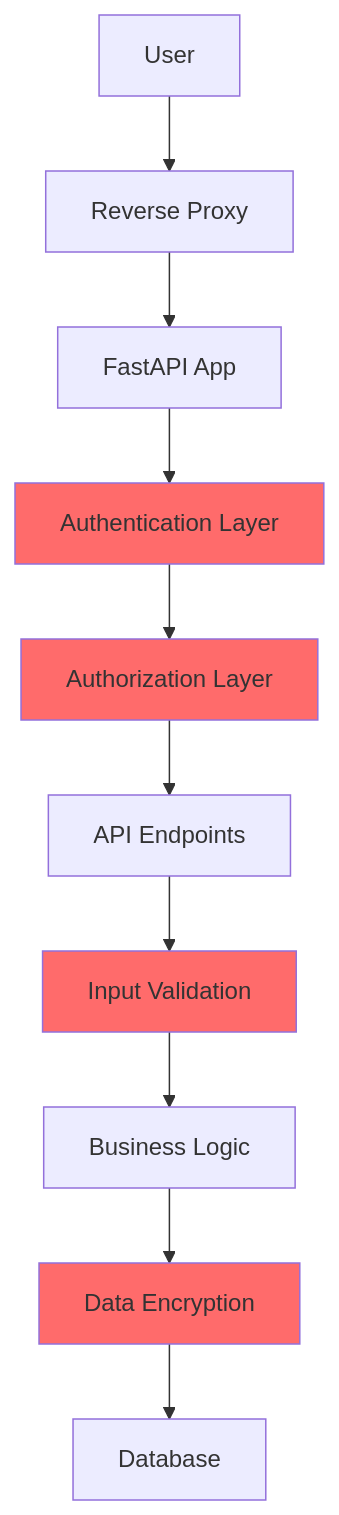
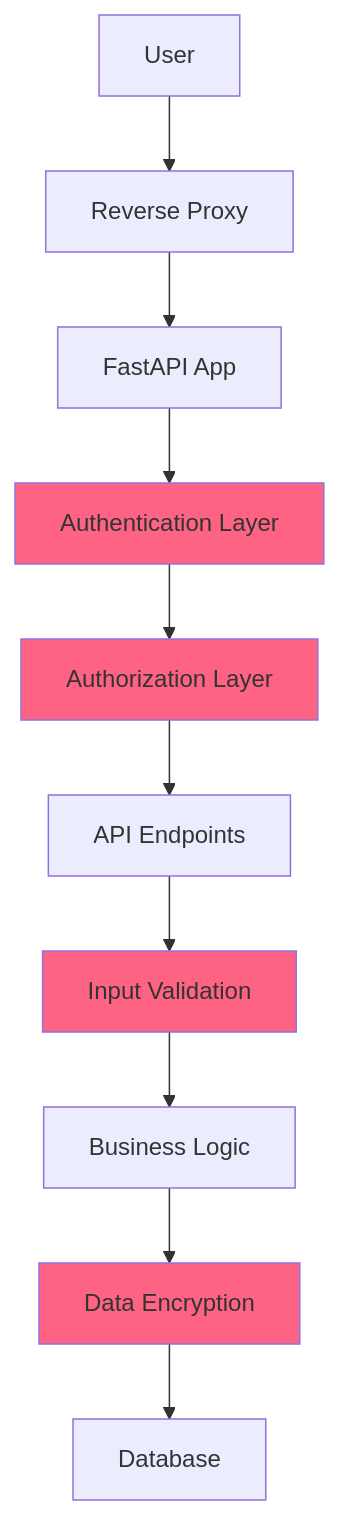
One commit to Gill-Bates/wirebuddy changed the diagram in docs/security/overview.md. Above: the diagram before and after it, drawn with Mermaid. The commit also changed 65 other files, not shown here.

````diff
--- a/docs/security/overview.md
+++ b/docs/security/overview.md
@@ -7,17 +7,17 @@
 ```mermaid
 graph TB
     A[User] --> B[Reverse Proxy]
     B --> C[FastAPI App]
     C --> D[Authentication Layer]
     D --> E[Authorization Layer]
     E --> F[API Endpoints]
     F --> G[Input Validation]
     G --> H[Business Logic]
     H --> I[Data Encryption]
     I --> J[Database]
     
-    style D fill:#ff6b6b
-    style E fill:#ff6b6b
-    style G fill:#ff6b6b
-    style I fill:#ff6b6b
+    style D fill:#ff6384
+    style E fill:#ff6384
+    style G fill:#ff6384
+    style I fill:#ff6384
 ```
````
